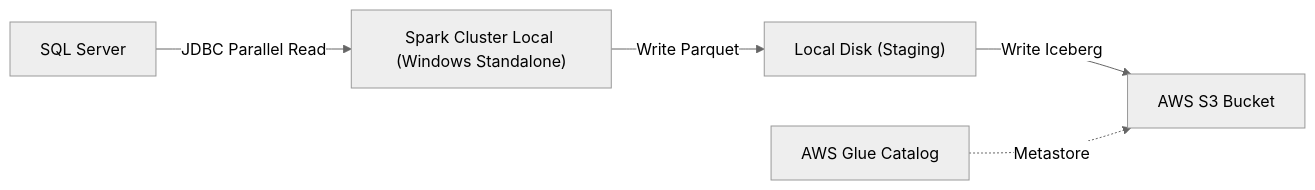
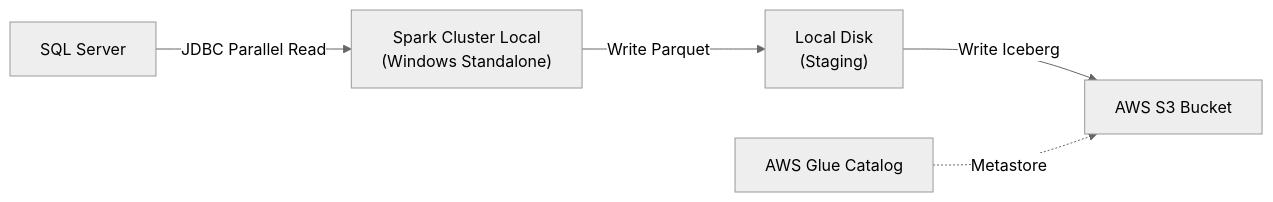
The diagram in README.md (Marcus-Holanda777/spark-windows-glue), drawn with Mermaid (neutral theme) before and after one commit. The commit also changed other lines of this file, not shown here.

````diff
--- a/README.md
+++ b/README.md
@@ -13,8 +13,8 @@
 ```mermaid
 graph LR
-    SQL[SQL Server] -->|JDBC Parallel Read| Spark["Spark Cluster Local (Windows Standalone)"]
-    Spark -->|Write Parquet| LocalStaging["Local Disk (Staging)"]
+    SQL[SQL Server] -->|JDBC Parallel Read| Spark["Spark Cluster Local\n(Windows Standalone)"]
+    Spark -->|Write Parquet| LocalStaging["Local Disk\n(Staging)"]
     LocalStaging -->|Write Iceberg| S3[AWS S3 Bucket]
     Glue[AWS Glue Catalog] -.->|Metastore| S3
 
 ```
````
